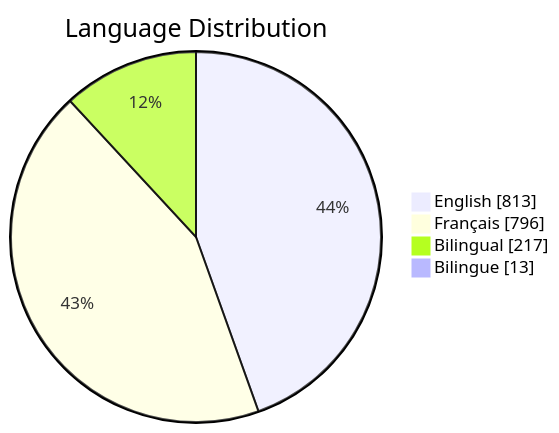
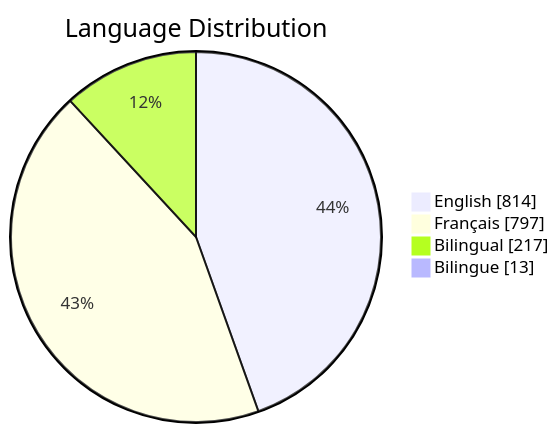
One commit to PatLittle/GC-Socials changed the third of 6 diagrams in README.md. Above: the diagram before and after it, drawn with Mermaid. The commit also changed other lines of this file, not shown here.

Commit message:
Update README with Platform Distribution pie chart

````diff
--- a/README.md
+++ b/README.md
@@ -65,7 +65,7 @@
 ```mermaid
 pie showData title Language Distribution
-    "English": 813
-    "Français": 796
+    "English": 814
+    "Français": 797
     "Bilingual": 217
     "Bilingue": 13
 ```
````
